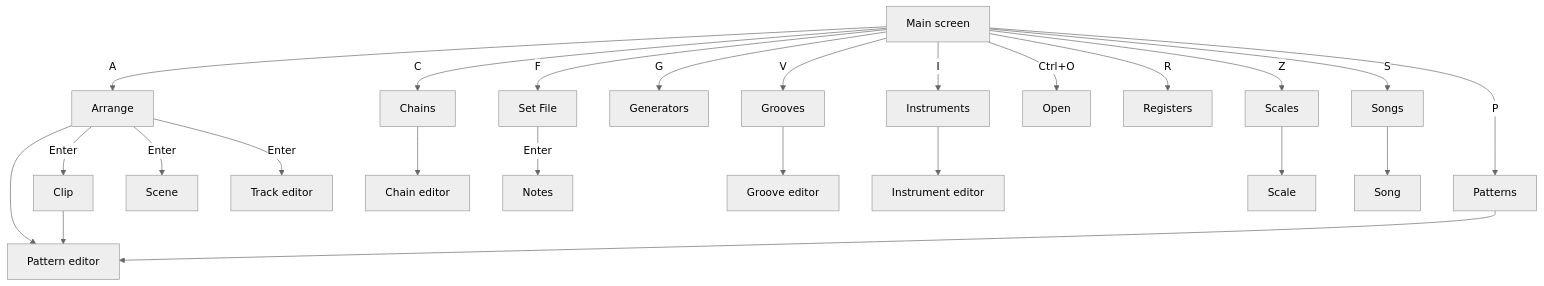
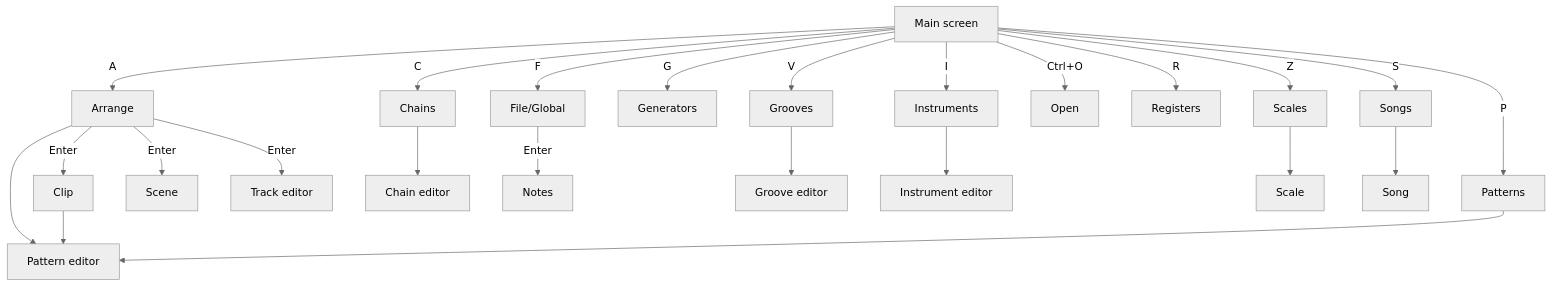
One commit to mpdehaan/llamatron changed the diagram in docs/GETTING_STARTED.md. Above: the diagram before and after it, drawn with Mermaid (neutral theme). The commit also changed other lines of this file and 19 other files, not shown here.

Commit message:
The Set File page is called File/Global everywhere, the user's name. The website and the screenshots are brought up to date only before a push, the user's rule: push_all.sh rebuilds the website first.

````diff
--- a/docs/GETTING_STARTED.md
+++ b/docs/GETTING_STARTED.md
@@ -90,48 +90,48 @@
 ```mermaid
 flowchart TD
     MainPage["Main screen"]
     ArrangePage["Arrange"]
     ChainsPage["Chains"]
-    FilePage["Set File"]
+    FilePage["File/Global"]
     GeneratorsPage["Generators"]
     GroovesPage["Grooves"]
     InstrumentsPage["Instruments"]
     OpenPage["Open"]
     PatternsPage["Patterns"]
     RegistersPage["Registers"]
     ScalesPage["Scales"]
     SongsPage["Songs"]
     ClipPage["Clip"]
     PatternEditor["Pattern editor"]
     ScenePage["Scene"]
     TrackEditor["Track editor"]
     ChainEditor["Chain editor"]
     NotesPage["Notes"]
     GrooveEditor["Groove editor"]
     InstrumentEditor["Instrument editor"]
     ScalePage["Scale"]
     SongPage["Song"]
     ArrangePage -- "Enter" --> ClipPage
     ArrangePage --> PatternEditor
     ArrangePage -- "Enter" --> ScenePage
     ArrangePage -- "Enter" --> TrackEditor
     ChainsPage --> ChainEditor
     ClipPage --> PatternEditor
     FilePage -- "Enter" --> NotesPage
     GroovesPage --> GrooveEditor
     InstrumentsPage --> InstrumentEditor
     MainPage -- "A" --> ArrangePage
     MainPage -- "C" --> ChainsPage
     MainPage -- "F" --> FilePage
     MainPage -- "G" --> GeneratorsPage
     MainPage -- "V" --> GroovesPage
     MainPage -- "I" --> InstrumentsPage
     MainPage -- "Ctrl+O" --> OpenPage
     MainPage -- "P" --> PatternsPage
     MainPage -- "R" --> RegistersPage
     MainPage -- "Z" --> ScalesPage
     MainPage -- "S" --> SongsPage
     PatternsPage --> PatternEditor
     ScalesPage --> ScalePage
     SongsPage --> SongPage
 ```
````
